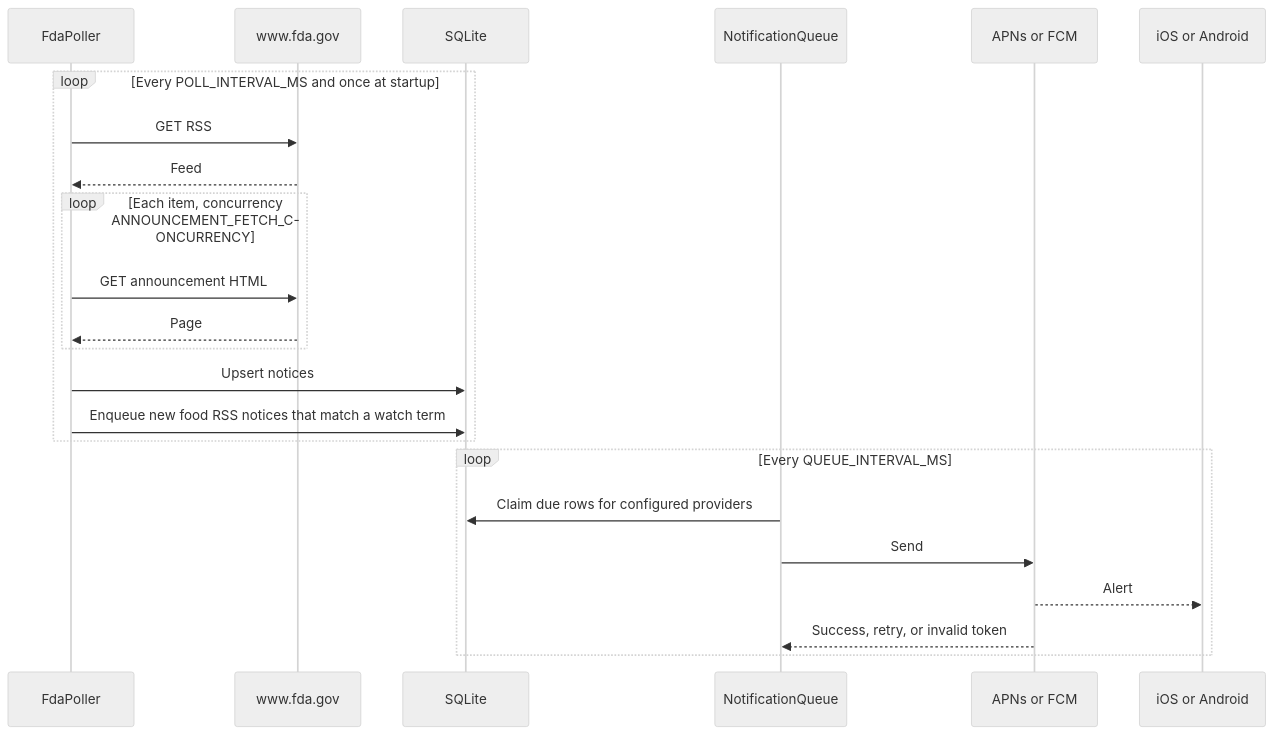
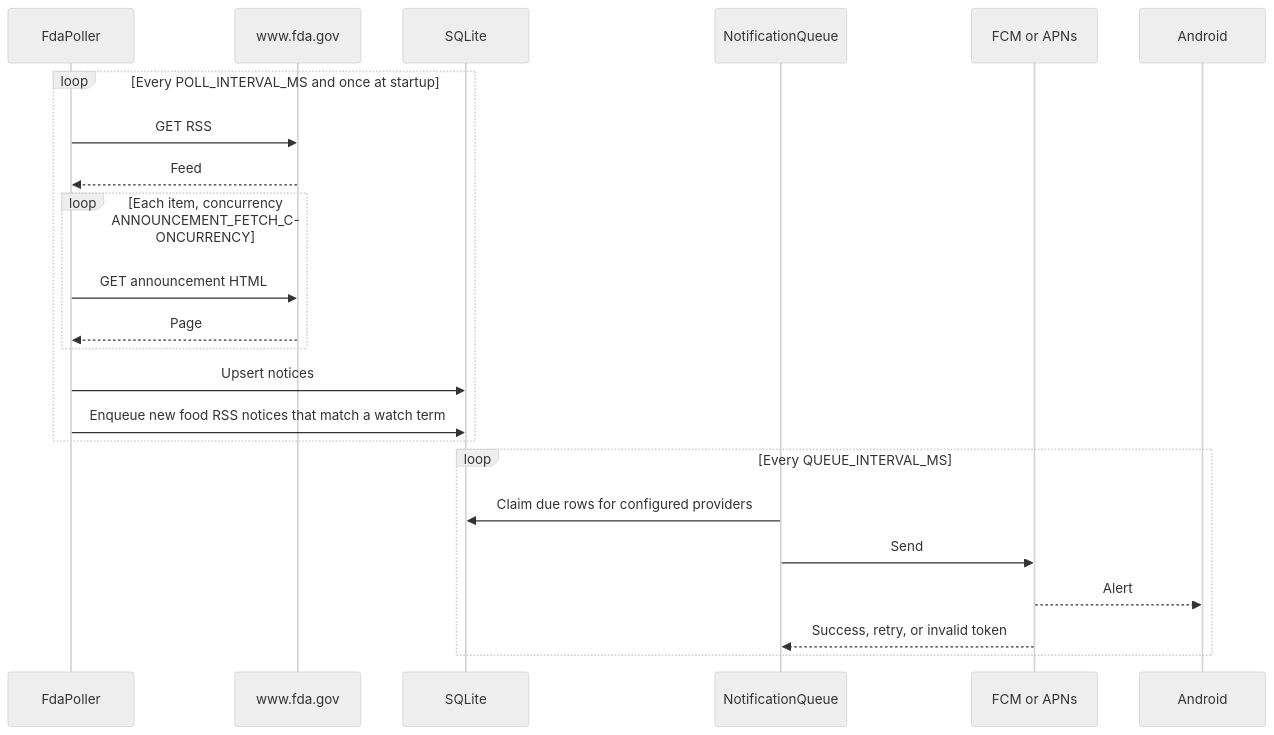
One commit to jacobrakaiFoundation/beanstalk changed the third of 3 diagrams in docs/architecture.md. Above: the diagram before and after it, drawn with Mermaid (neutral theme). The commit also changed other lines of this file and 9 other files, not shown here.

````diff
--- a/docs/architecture.md
+++ b/docs/architecture.md
@@ -224,25 +216,25 @@
 ```mermaid
 sequenceDiagram
   participant Poll as FdaPoller
   participant FDA as www.fda.gov
   participant DB as SQLite
   participant Queue as NotificationQueue
-  participant Push as APNs or FCM
-  participant Phone as iOS or Android
+  participant Push as FCM or APNs
+  participant Phone as Android
   loop Every POLL_INTERVAL_MS and once at startup
     Poll->>FDA: GET RSS
     FDA-->>Poll: Feed
     loop Each item, concurrency ANNOUNCEMENT_FETCH_CONCURRENCY
       Poll->>FDA: GET announcement HTML
       FDA-->>Poll: Page
     end
     Poll->>DB: Upsert notices
     Poll->>DB: Enqueue new food RSS notices that match a watch term
   end
   loop Every QUEUE_INTERVAL_MS
     Queue->>DB: Claim due rows for configured providers
     Queue->>Push: Send
     Push-->>Phone: Alert
     Push-->>Queue: Success, retry, or invalid token
   end
 ```
````
